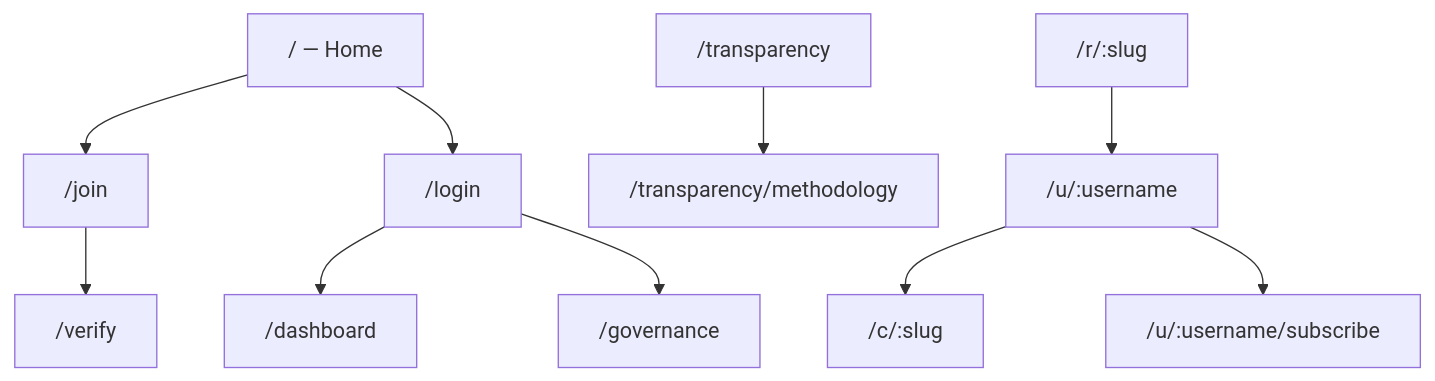
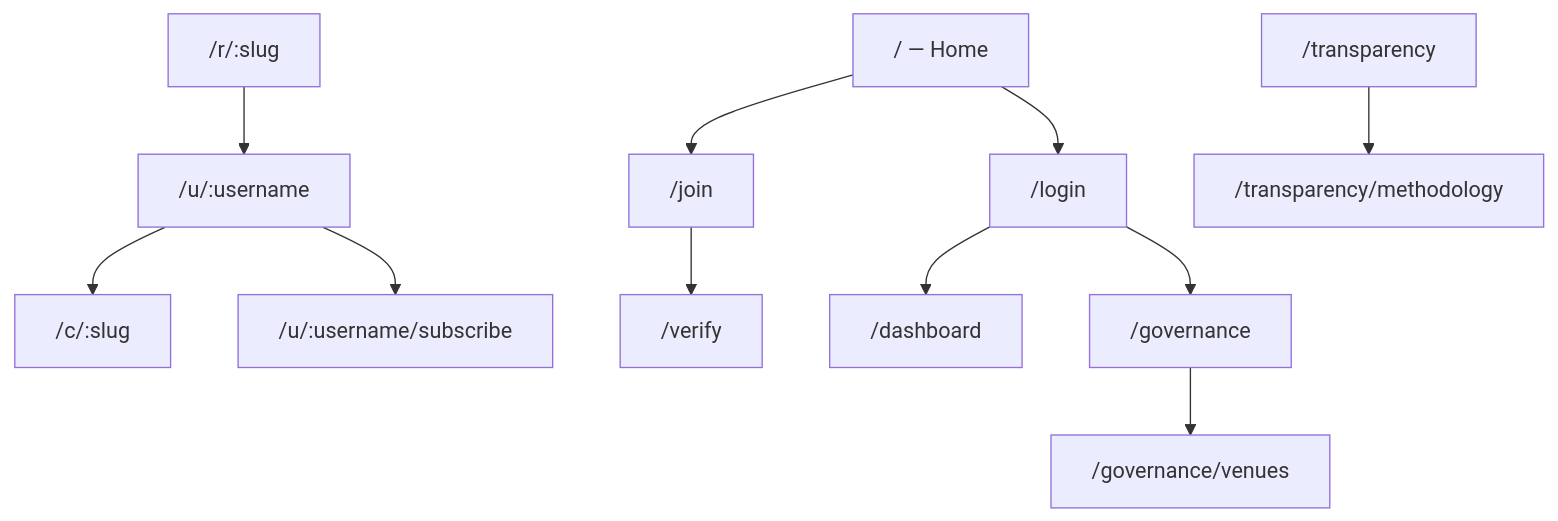
Before and after one commit to janiluuk/tahti-org: the diagram in docs/user-flows.md, drawn with Mermaid. The commit also changed other lines of this file and 16 other files, not shown here.

````diff
--- a/docs/user-flows.md
+++ b/docs/user-flows.md
@@ -19,25 +21,27 @@
 ```mermaid
 flowchart TB
   home["/ — Home"]
   join["/join"]
   login["/login"]
   verify["/verify"]
   trans["/transparency"]
   method["/transparency/methodology"]
   channel["/c/:slug"]
   profile["/u/:username"]
   subscribe["/u/:username/subscribe"]
   smart["/r/:slug"]
   dash["/dashboard"]
   gov["/governance"]
+  govVenues["/governance/venues"]
 
   home --> join
   home --> login
   join --> verify
   login --> dash
   login --> gov
   profile --> channel
   profile --> subscribe
   smart --> profile
   trans --> method
+  gov --> govVenues
 ```
````
